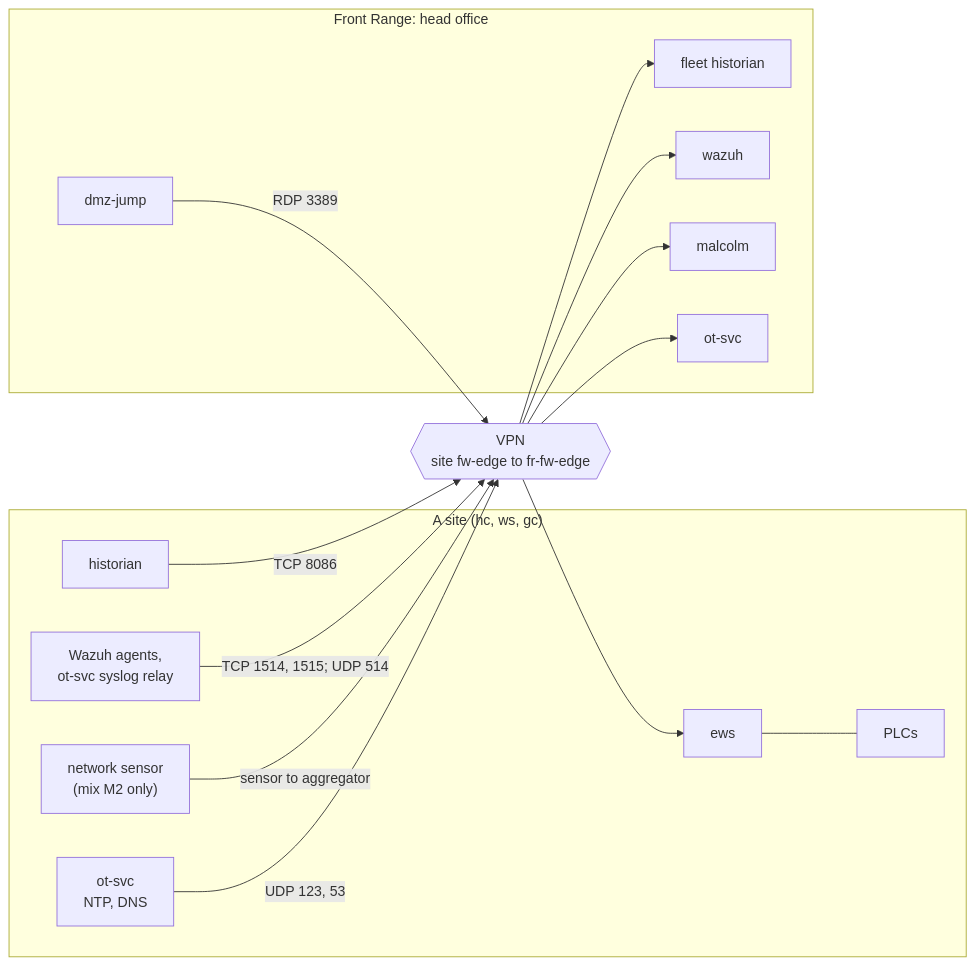
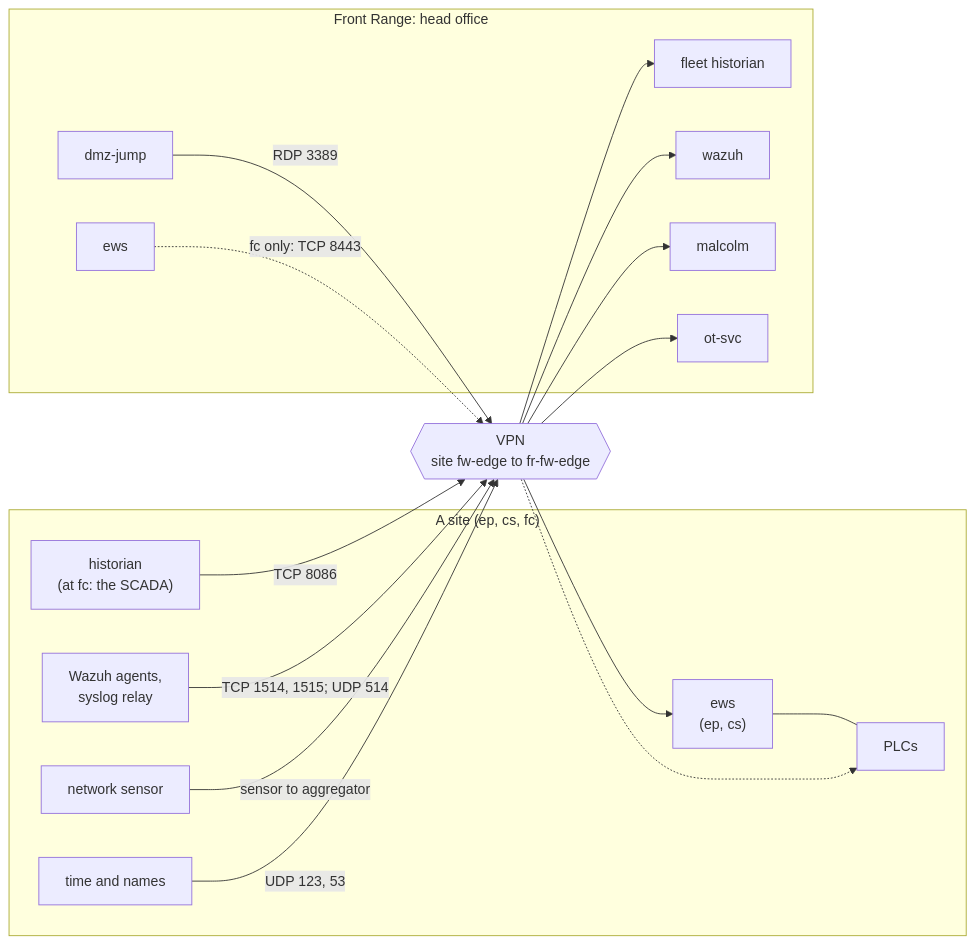
Before and after one commit to GhostofGoes/sceptre-phenix-topologies: the sixth of 10 diagrams in cherrymountain-brewery/docs/multisite/PLANS.md, drawn with Mermaid. The commit also changed other lines of this file and 50 other files, not shown here.

````diff
--- a/cherrymountain-brewery/docs/multisite/PLANS.md
+++ b/cherrymountain-brewery/docs/multisite/PLANS.md
@@ -490,25 +649,27 @@
 ```mermaid
 flowchart LR
-  subgraph SITE["A site (hc, ws, gc)"]
-    SH["historian"]
-    SA["Wazuh agents,<br/>ot-svc syslog relay"]
-    SE["ews"]
-    SS["ot-svc<br/>NTP, DNS"]
-    SN["network sensor<br/>(mix M2 only)"]
+  subgraph SITE["A site (ep, cs, fc)"]
+    SH["historian<br/>(at fc: the SCADA)"]
+    SA["Wazuh agents,<br/>syslog relay"]
+    SE["ews<br/>(ep, cs)"]
+    SS["time and names"]
+    SN["network sensor"]
     SP["PLCs"]
   end
   VPN{{"VPN<br/>site fw-edge to fr-fw-edge"}}
   subgraph HQ["Front Range: head office"]
     FH["fleet historian"]
     WZ["wazuh"]
     MA["malcolm"]
     JP["dmz-jump"]
+    FE["ews"]
     FS["ot-svc"]
   end
   SH -->|"TCP 8086"| VPN --> FH
   SA -->|"TCP 1514, 1515; UDP 514"| VPN --> WZ
   SN -->|"sensor to aggregator"| VPN --> MA
   SS -->|"UDP 123, 53"| VPN --> FS
   JP -->|"RDP 3389"| VPN --> SE
   SE --- SP
+  FE -.->|"fc only: TCP 8443"| VPN -.-> SP
 ```
````
